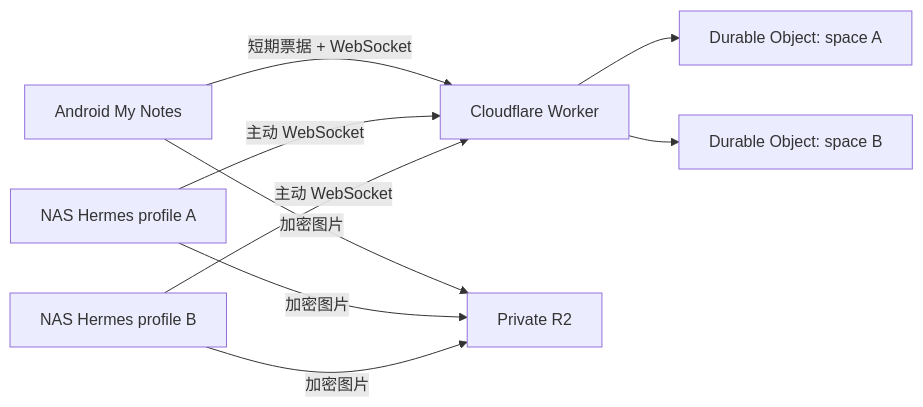
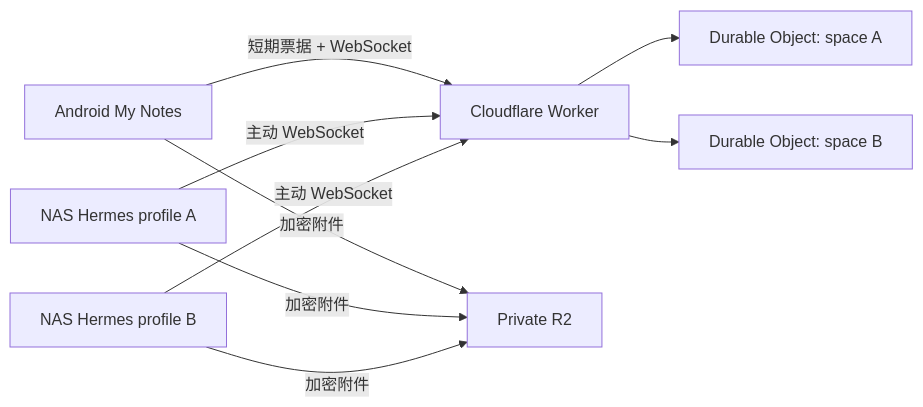
One commit to star1986c/myblog changed the diagram in docs/hermes-cloudflare-chat.md. Above: the diagram before and after it, drawn with Mermaid. The commit also changed other lines of this file and 25 other files, not shown here.

````diff
--- a/docs/hermes-cloudflare-chat.md
+++ b/docs/hermes-cloudflare-chat.md
@@ -10,11 +10,11 @@
 ```mermaid
 flowchart LR
   A["Android My Notes"] -->|"短期票据 + WebSocket"| W["Cloudflare Worker"]
   N1["NAS Hermes profile A"] -->|"主动 WebSocket"| W
   N2["NAS Hermes profile B"] -->|"主动 WebSocket"| W
   W --> D1["Durable Object: space A"]
   W --> D2["Durable Object: space B"]
-  A -->|"加密图片"| R["Private R2"]
-  N1 -->|"加密图片"| R
-  N2 -->|"加密图片"| R
+  A -->|"加密附件"| R["Private R2"]
+  N1 -->|"加密附件"| R
+  N2 -->|"加密附件"| R
 ```
````
